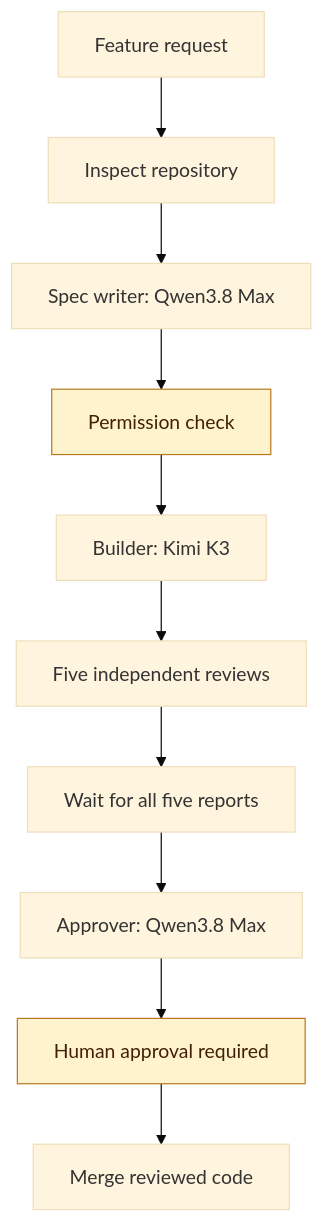
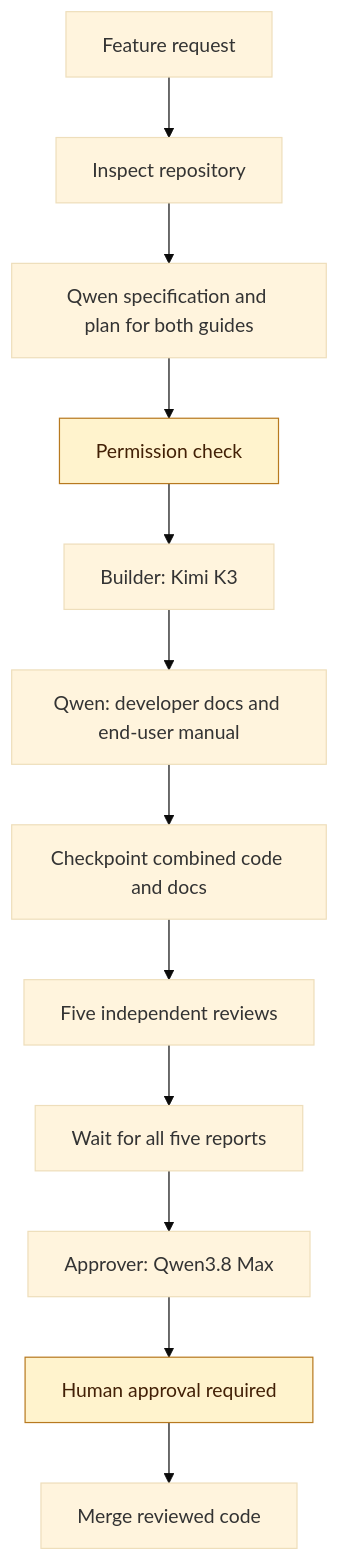
Before and after one commit to faiqfarooq/software-factory: the first of 3 diagrams in low-cost/docs/GUIDE.md, drawn with Mermaid (base theme). The commit also changed other lines of this file and 13 other files, not shown here.

````diff
--- a/low-cost/docs/GUIDE.md
+++ b/low-cost/docs/GUIDE.md
@@ -40,15 +62,17 @@
 ```mermaid
 flowchart TD
     Feature["Feature request"] --> Inspect["Inspect repository"]
-    Inspect --> Spec["Spec writer: Qwen3.8 Max"]
+    Inspect --> Spec["Qwen specification and plan for both guides"]
     Spec --> Permission["Permission check"]
     Permission --> Build["Builder: Kimi K3"]
-    Build --> Reviews["Five independent reviews"]
+    Build --> Docs["Qwen: developer docs and end-user manual"]
+    Docs --> Checkpoint["Checkpoint combined code and docs"]
+    Checkpoint --> Reviews["Five independent reviews"]
     Reviews --> Wait["Wait for all five reports"]
     Wait --> Approver["Approver: Qwen3.8 Max"]
     Approver --> Human["Human approval required"]
     Human --> Merge["Merge reviewed code"]
 
     classDef human fill:#fff3cd,stroke:#b7791f,color:#422006;
     class Permission,Human human;
 ```
````
